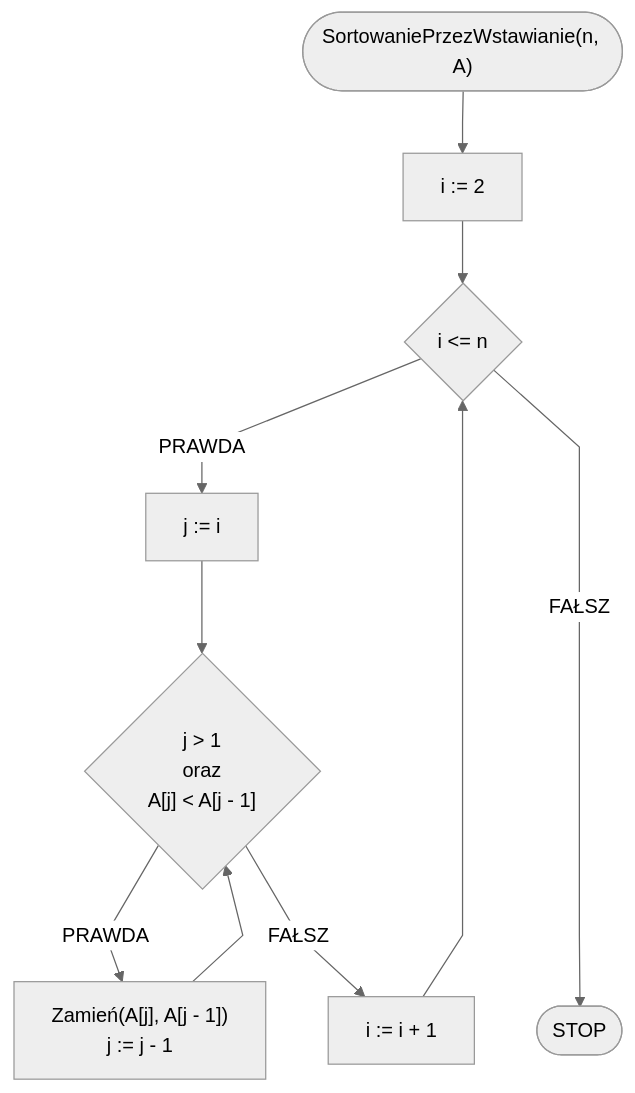
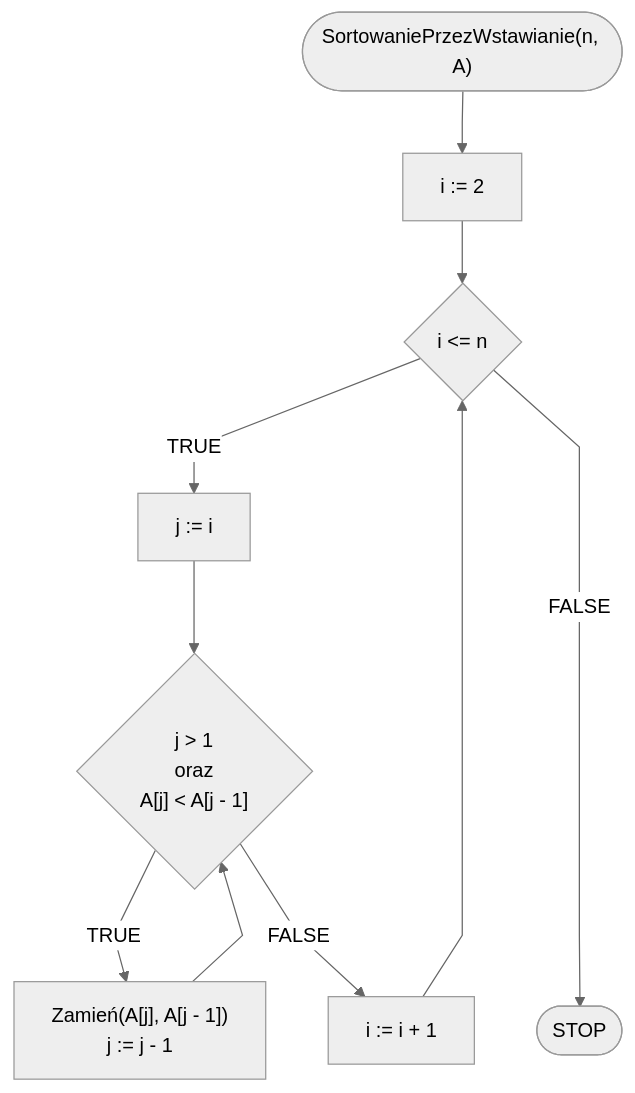
Before and after one commit to blackbat13/edu-cs-htiew-en: the diagram in docs/algorithms/sorting/insertion-sort.md, drawn with Mermaid. The commit also changed other lines of this file and 682 other files, not shown here.

````diff
--- a/docs/algorithms/sorting/insertion-sort.md
+++ b/docs/algorithms/sorting/insertion-sort.md
@@ -40,16 +40,16 @@
 ```mermaid
 %%{init: {"flowchart": {"curve": "linear"}, "theme": "neutral"} }%%
 flowchart TD
     START(["SortowaniePrzezWstawianie(n, A)"]) --> K0[i := 2]
     K0 --> K1{i <= n}
-    K1 -- PRAWDA --> K2[j := i]
+    K1 -- TRUE --> K2[j := i]
     K2 --> K3{"j > 1
     oraz
     A[j] < A[j - 1]"}
-    K3 -- PRAWDA --> K4["Zamień(A[j], A[j - 1])
+    K3 -- TRUE --> K4["Zamień(A[j], A[j - 1])
     j := j - 1"]
     K4 --> K3
-    K3 -- FAŁSZ --> K1i[i := i + 1]
+    K3 -- FALSE --> K1i[i := i + 1]
     K1i --> K1
-    K1 -- FAŁSZ ----> STOP([STOP])
+    K1 -- FALSE ----> STOP([STOP])
 ```
````
